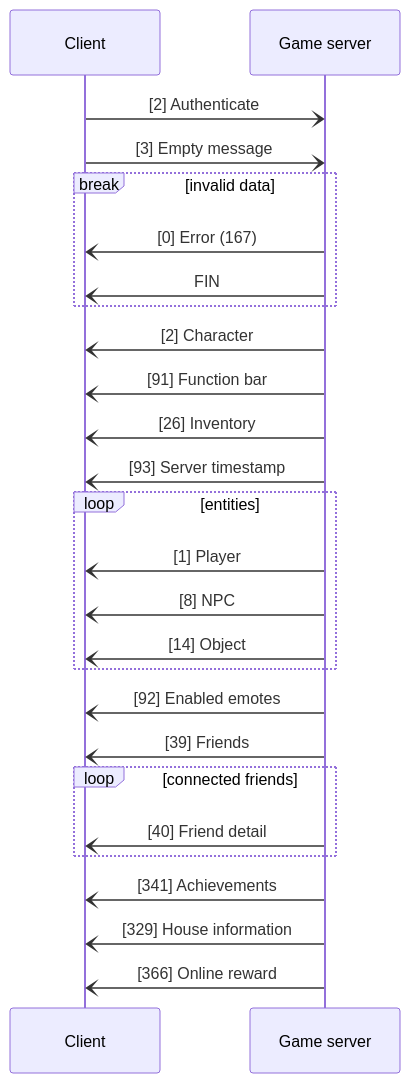
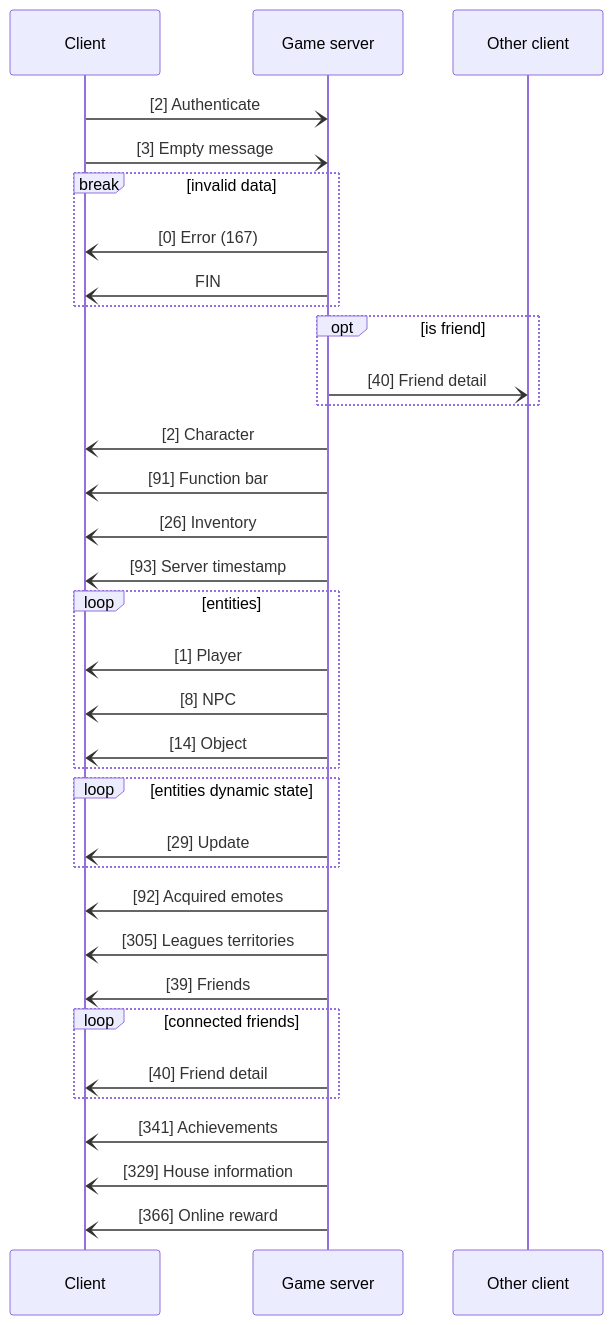
The second of 2 diagrams in README.md (fygonzalo/banana), drawn with Mermaid before and after one commit. The commit also changed other lines of this file, not shown here.

Commit message:
docs: add minimal details to auth flows

````diff
--- a/README.md
+++ b/README.md
@@ -29,28 +30,36 @@
 ```mermaid
 sequenceDiagram
     participant Client
     participant Game server
+    participant Other client
     Client-)Game server: [2] Authenticate
     Client-)Game server: [3] Empty message
     break invalid data
     Game server-)Client: [0] Error (167)
     Game server-)Client: FIN
+    end
+    opt is friend
+    Game server-)Other client: [40] Friend detail
     end
     Game server-)Client: [2] Character
     Game server-)Client: [91] Function bar
     Game server-)Client: [26] Inventory
     Game server-)Client: [93] Server timestamp
     loop entities
     Game server-)Client: [1] Player
     Game server-)Client: [8] NPC
     Game server-)Client: [14] Object
     end
-    Game server-)Client: [92] Enabled emotes
+    loop entities dynamic state
+    Game server-)Client: [29] Update
+    end
+    Game server-)Client: [92] Acquired emotes
+    Game server-)Client: [305] Leagues territories
     Game server-)Client: [39] Friends
     loop connected friends
     Game server-)Client: [40] Friend detail
     end
     Game server-)Client: [341] Achievements
     Game server-)Client: [329] House information
     Game server-)Client: [366] Online reward
 ```
````
